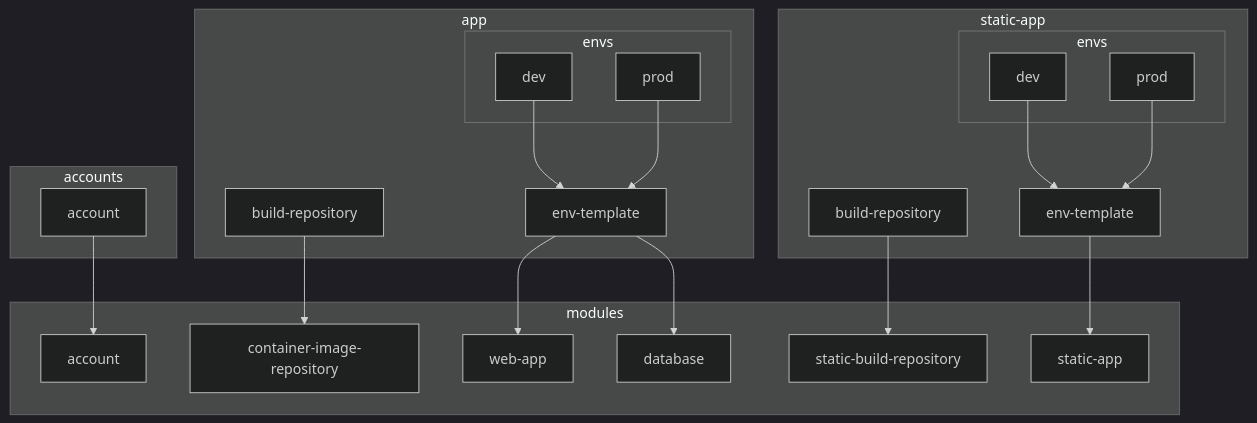
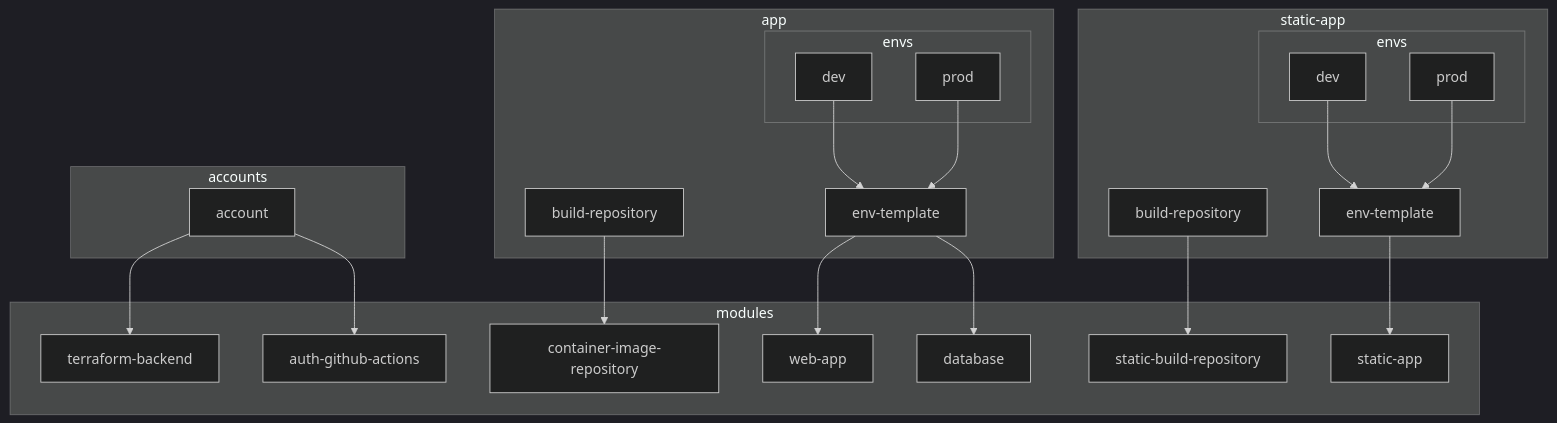
One commit to navapbc/template-infra changed the first of 2 diagrams in docs/infra/module-architecture.md. Above: the diagram before and after it, drawn with Mermaid (dark theme).

Commit message:
Document account child modules

````diff
--- a/docs/infra/module-architecture.md
+++ b/docs/infra/module-architecture.md
@@ -28,49 +28,51 @@
 ```mermaid
 flowchart TB
 
   subgraph accounts
     account
   end
 
   subgraph app
     app/build-repository[build-repository]
     app/env-template[env-template]
 
     subgraph app/envs[envs]
       app/envs/dev[dev]
       app/envs/prod[prod]
     end
 
     app/envs/dev --> app/env-template
     app/envs/prod --> app/env-template
   end
 
   subgraph static-app
     static-app/build-repository[build-repository]
     static-app/env-template[env-template]
 
     subgraph static-app/envs[envs]
       static-app/envs/dev[dev]
       static-app/envs/prod[prod]
     end
 
     static-app/envs/dev --> static-app/env-template
     static-app/envs/prod --> static-app/env-template
   end
 
   subgraph modules
-    modules/account[account]
+    terraform-backend
+    auth-github-actions
     container-image-repository
     web-app
     database
     static-build-repository
     modules/static-app[static-app]
   end
 
-  account --> modules/account
+  account --> terraform-backend
+  account --> auth-github-actions
   app/build-repository --> container-image-repository
   app/env-template --> web-app
   app/env-template --> database
   static-app/build-repository --> static-build-repository
   static-app/env-template --> modules/static-app
 ```
````
